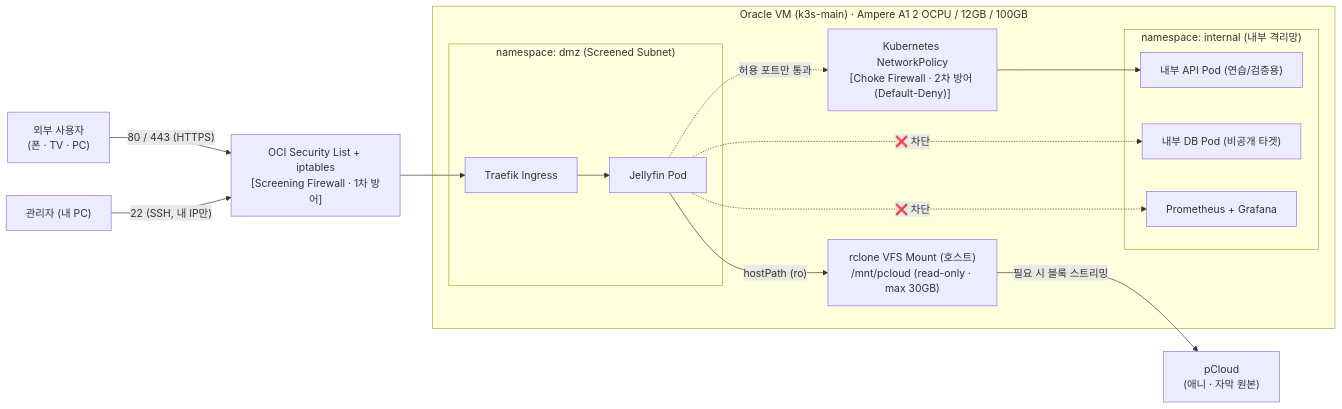
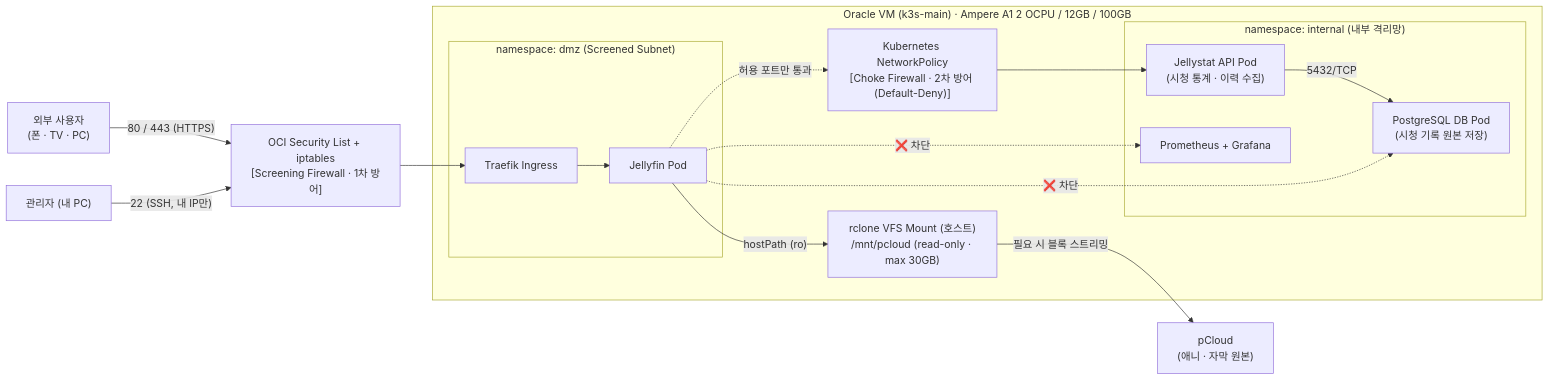
One commit to handgym2/k3s-midea-server changed the diagram in README.md. Above: the diagram before and after it, drawn with Mermaid. The commit also changed other lines of this file and 8 other files, not shown here.

Commit message:
feat(k3s): update architecture diagram with Jellystat/PostgreSQL and add K3s install verification

````diff
--- a/README.md
+++ b/README.md
@@ -40,29 +40,30 @@
 ```mermaid
 flowchart LR
     User["외부 사용자<br/>(폰 · TV · PC)"] -->|"80 / 443 (HTTPS)"| SL["OCI Security List + iptables<br/>[Screening Firewall · 1차 방어]"]
     Admin["관리자 (내 PC)"] -->|"22 (SSH, 내 IP만)"| SL
     SL --> ING
 
     subgraph VM["Oracle VM (k3s-main) · Ampere A1 2 OCPU / 12GB / 100GB"]
         subgraph DMZ["namespace: dmz (Screened Subnet)"]
             ING["Traefik Ingress"] --> JF["Jellyfin Pod"]
         end
 
         RC["rclone VFS Mount (호스트)<br/>/mnt/pcloud (read-only · max 30GB)"]
         JF -->|"hostPath (ro)"| RC
 
         NP["Kubernetes NetworkPolicy<br/>[Choke Firewall · 2차 방어 (Default-Deny)]"]
 
         subgraph INT["namespace: internal (내부 격리망)"]
-            API["내부 API Pod (연습/검증용)"]
-            DB["내부 DB Pod (비공개 타겟)"]
+            API["Jellystat API Pod<br/>(시청 통계 · 이력 수집)"]
+            DB["PostgreSQL DB Pod<br/>(시청 기록 원본 저장)"]
             MON["Prometheus + Grafana"]
+            API -->|"5432/TCP"| DB
         end
 
         JF -.->|"허용 포트만 통과"| NP --> API
         JF -.->|"❌ 차단"| DB
         JF -.->|"❌ 차단"| MON
     end
 
     RC -->|"필요 시 블록 스트리밍"| PC["pCloud<br/>(애니 · 자막 원본)"]
 ```
````
